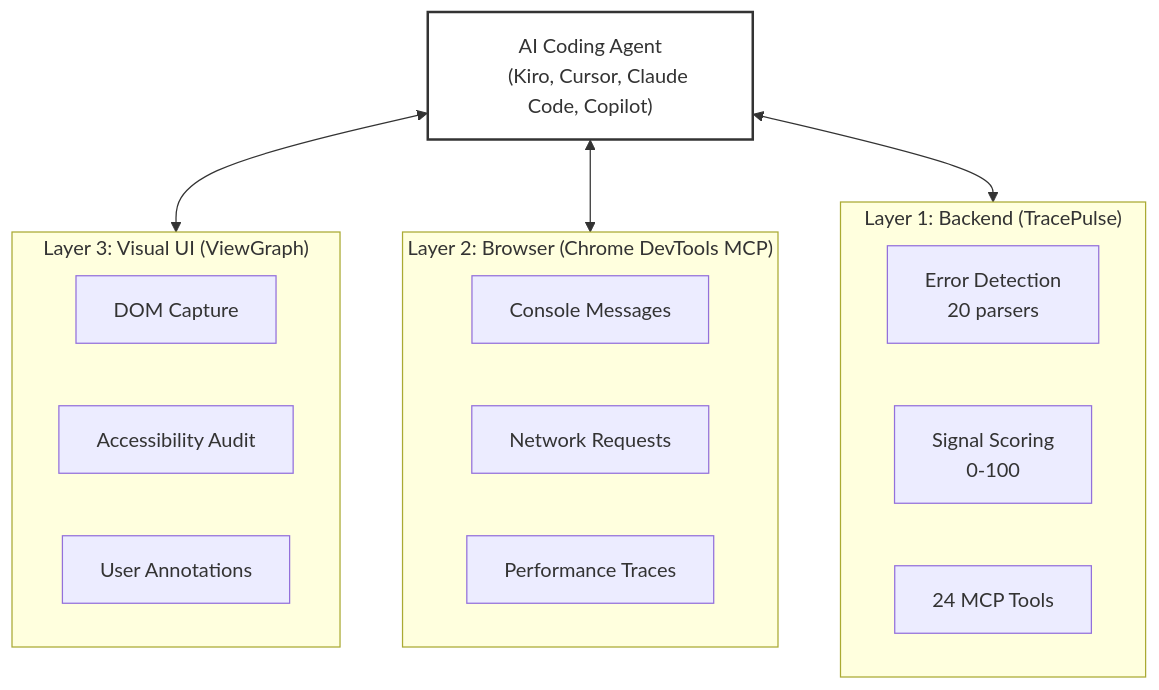
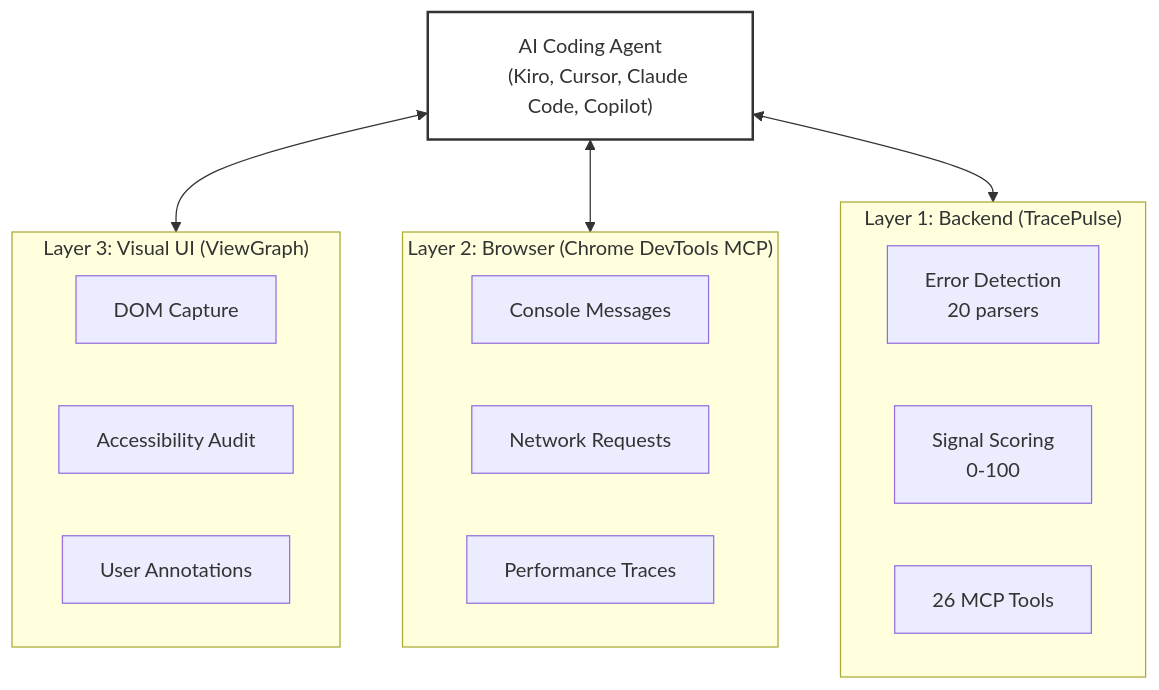
One commit to sourjya/tracepulse changed the first of 3 diagrams in gitbook/architecture/three-layer-stack.md. Above: the diagram before and after it, drawn with Mermaid. The commit also changed 15 other files, not shown here.

````diff
--- a/gitbook/architecture/three-layer-stack.md
+++ b/gitbook/architecture/three-layer-stack.md
@@ -7,34 +7,34 @@
 ```mermaid
 graph TB
     Agent["AI Coding Agent
     (Kiro, Cursor, Claude Code, Copilot)"]
 
     subgraph "Layer 1: Backend (TracePulse)"
         direction LR
         TP1["Error Detection
         20 parsers"]
         TP2["Signal Scoring
         0-100"]
-        TP3["24 MCP Tools"]
+        TP3["26 MCP Tools"]
     end
 
     subgraph "Layer 2: Browser (Chrome DevTools MCP)"
         direction LR
         CDT1["Console Messages"]
         CDT2["Network Requests"]
         CDT3["Performance Traces"]
     end
 
     subgraph "Layer 3: Visual UI (ViewGraph)"
         direction LR
         VG1["DOM Capture"]
         VG2["Accessibility Audit"]
         VG3["User Annotations"]
     end
 
     Agent <--> TP3
     Agent <--> CDT1
     Agent <--> VG1
 
     style Agent fill:#fff,stroke:#333,stroke-width:2px
 ```
````
